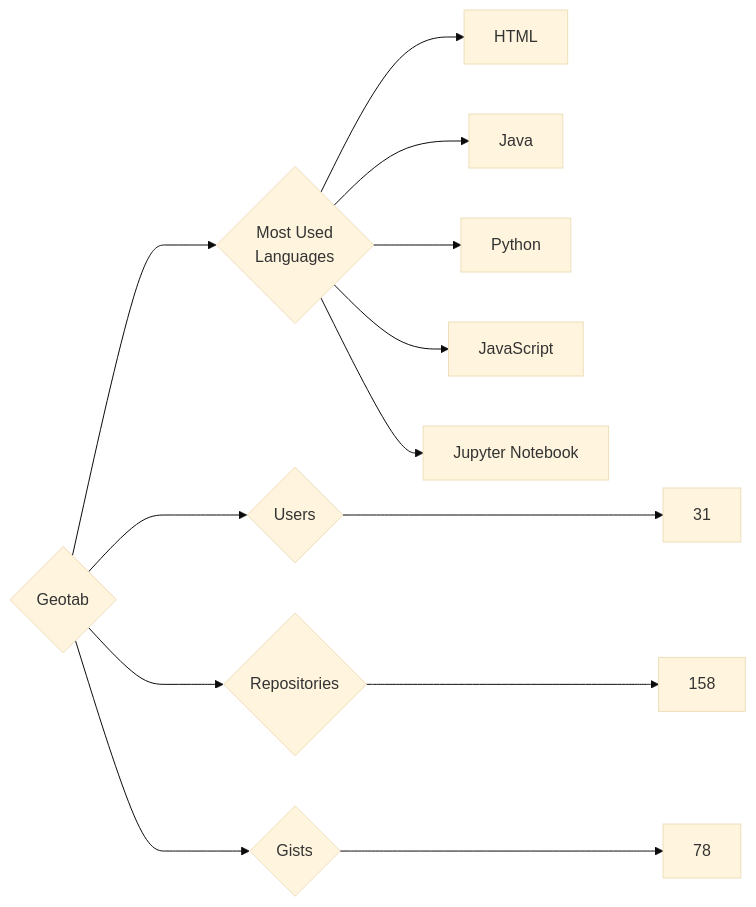
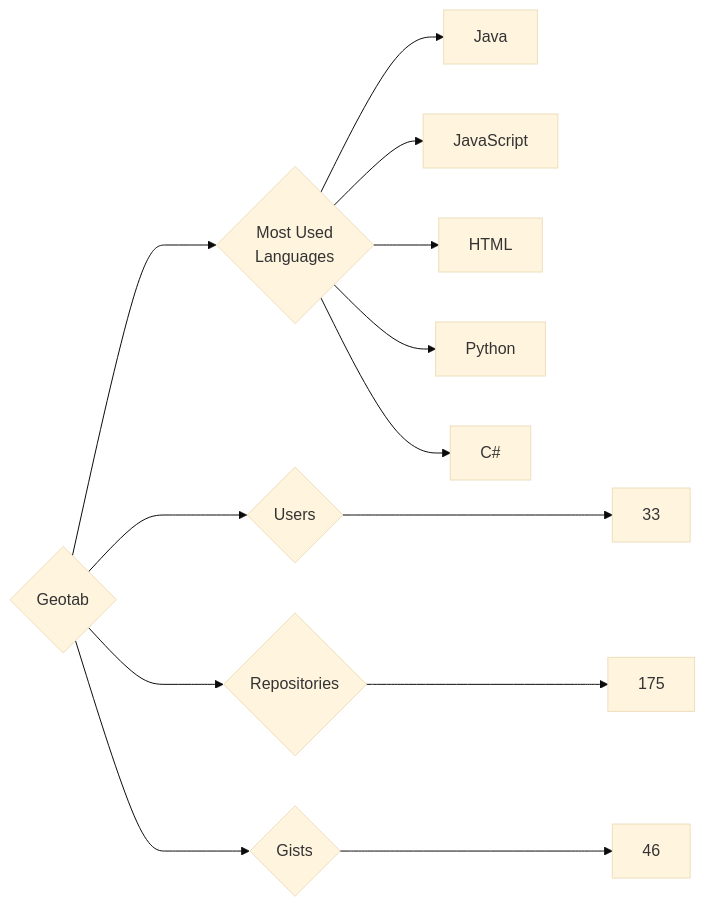
Before and after one commit to trickest/insiders: the diagram in targets/Geotab/README.md, drawn with Mermaid (base theme). The commit also changed 750 other files, not shown here.

````diff
--- a/targets/Geotab/README.md
+++ b/targets/Geotab/README.md
@@ -3,13 +3,13 @@
 ```mermaid
 graph LR
 COMPANY_NAME{Geotab}
-COMPANY_NAME ---> U{Users} ---> UN[31]
-COMPANY_NAME ---> R{Repositories} ---> RN[158]
-COMPANY_NAME ---> G{Gists} ---> GN[78]
+COMPANY_NAME ---> U{Users} ---> UN[33]
+COMPANY_NAME ---> R{Repositories} ---> RN[175]
+COMPANY_NAME ---> G{Gists} ---> GN[46]
 COMPANY_NAME ---> ML{Most Used<br>Languages}
+ML --> Java[Java]
+ML --> JavaScript[JavaScript]
 ML --> HTML[HTML]
-ML --> Java[Java]
 ML --> Python[Python]
-ML --> JavaScript[JavaScript]
-ML --> Jupyter_Notebook[Jupyter Notebook]
+ML --> C#[C#]
 ```
````
